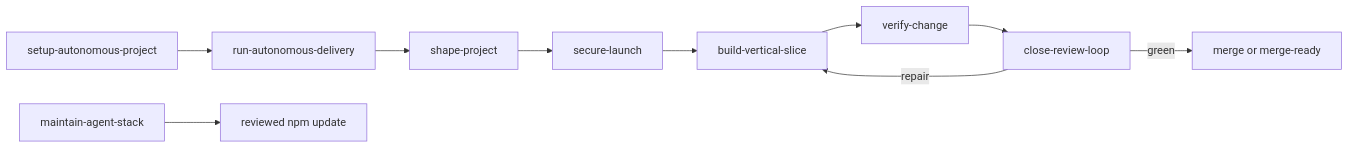
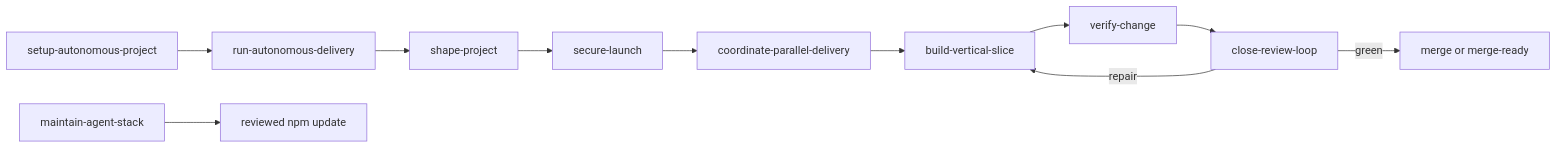
Before and after one commit to samtay32/ultimate-agent-stack: the diagram in docs/SKILL_STACK.md, drawn with Mermaid. The commit also changed other lines of this file and 28 other files, not shown here.

First line of the commit message:
Add managed parallel delivery (#7)

````diff
--- a/docs/SKILL_STACK.md
+++ b/docs/SKILL_STACK.md
@@ -22,12 +23,13 @@
 ```mermaid
 flowchart LR
     SET["setup-autonomous-project"] --> RUN["run-autonomous-delivery"]
     RUN --> SHAPE["shape-project"]
     SHAPE --> SECURE["secure-launch"]
-    SECURE --> BUILD["build-vertical-slice"]
+    SECURE --> COORD["coordinate-parallel-delivery"]
+    COORD --> BUILD["build-vertical-slice"]
     BUILD --> VERIFY["verify-change"]
     VERIFY --> CLOSE["close-review-loop"]
     CLOSE -->|repair| BUILD
     CLOSE -->|green| DONE["merge or merge-ready"]
     MAINTAIN["maintain-agent-stack"] --> PACKAGE["reviewed npm update"]
 ```
````
